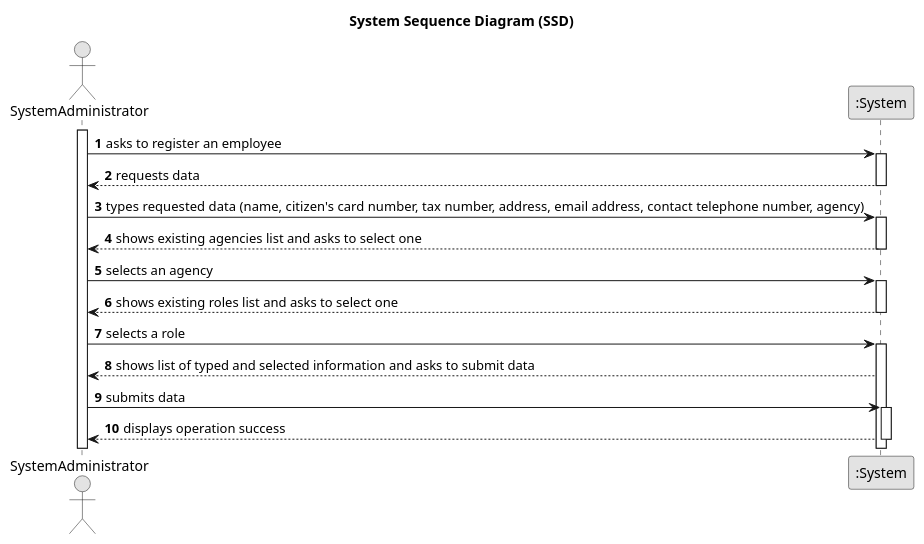
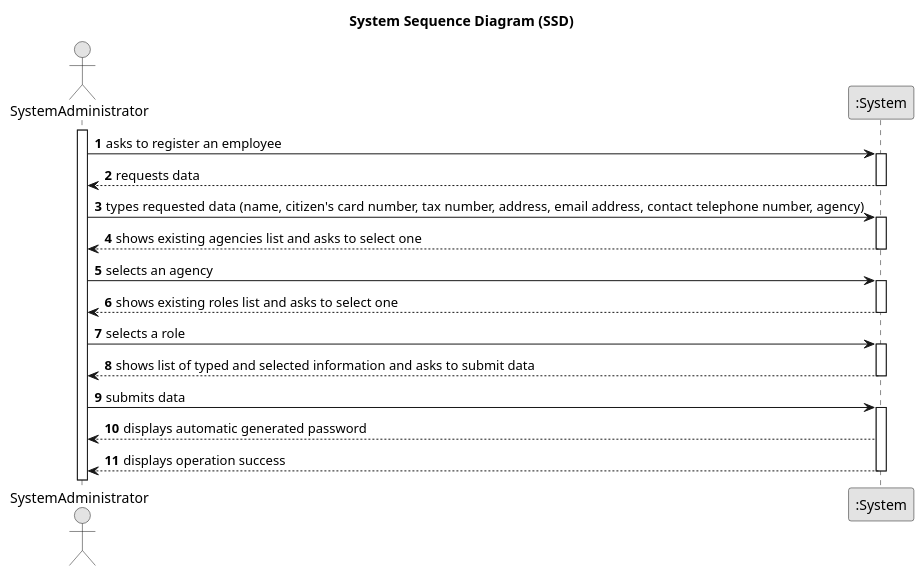
One commit to Rodrick0209/ISEP-LAPR2-22-23 changed the diagram in docs/sprintA/US03/01.requirements-engineering/puml/us03-system-sequence-diagram.puml. Above: the diagram before and after it, drawn with PlantUML. The commit also changed 1 other file, not shown here.

```diff
--- a/docs/sprintA/US03/01.requirements-engineering/puml/us03-system-sequence-diagram.puml
+++ b/docs/sprintA/US03/01.requirements-engineering/puml/us03-system-sequence-diagram.puml
@@ -1,44 +1,47 @@
 @startuml
 skinparam monochrome true
 skinparam packageStyle rectangle
 skinparam shadowing false
 
 title System Sequence Diagram (SSD)
 
 autonumber
 
 actor "SystemAdministrator" as SystemAdministrator
 participant ":System" as System
 
 activate SystemAdministrator
 
     SystemAdministrator -> System : asks to register an employee
     activate System
 
         System --> SystemAdministrator : requests data
     deactivate System
 
     SystemAdministrator -> System : types requested data (name, citizen's card number, tax number, address, email address, contact telephone number, agency)
     activate System
 
         System --> SystemAdministrator : shows existing agencies list and asks to select one
     deactivate System
 
     SystemAdministrator -> System : selects an agency
     activate System
 
         System --> SystemAdministrator : shows existing roles list and asks to select one
     deactivate System
 
     SystemAdministrator -> System : selects a role
     activate System
 
         System --> SystemAdministrator : shows list of typed and selected information and asks to submit data
+    deactivate System
 
     SystemAdministrator -> System : submits data
     activate System
+
+    System --> SystemAdministrator : displays automatic generated password
 
         System --> SystemAdministrator : displays operation success
     deactivate System
 
 @enduml
```
